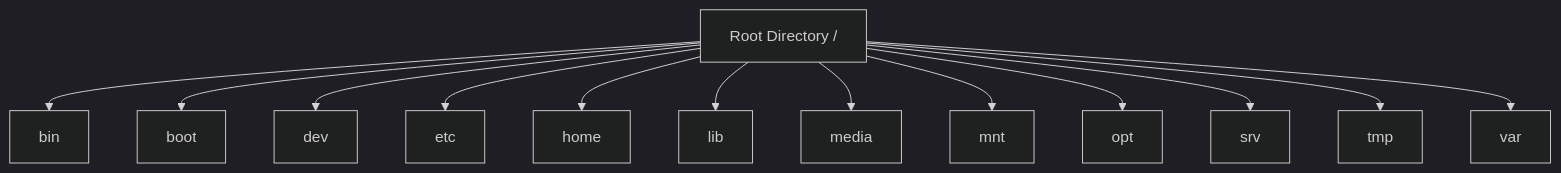
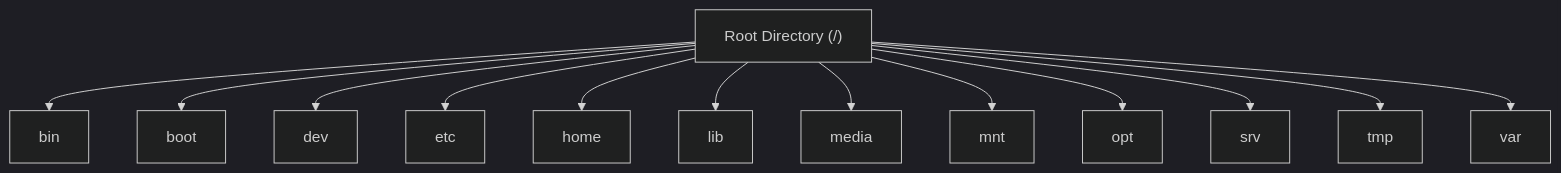
One commit to 42jerrykim/42jerrykim.github.io changed the second of 13 diagrams in content/post/2024/2024-09-09-file-system/index.md. Above: the diagram before and after it, drawn with Mermaid (dark theme). The commit also changed other lines of this file and 239 other files, not shown here.

````diff
--- a/content/post/2024/2024-09-09-file-system/index.md
+++ b/content/post/2024/2024-09-09-file-system/index.md
@@ -191,15 +238,16 @@
 ```mermaid
-graph TD;
-    A[Root Directory /] --> B[bin]
-    A --> C[boot]
-    A --> D[dev]
-    A --> E[etc]
-    A --> F[home]
-    A --> G[lib]
-    A --> H[media]
-    A --> I[mnt]
-    A --> J[opt]
-    A --> K[srv]
-    A --> L[tmp]
-    A --> M[var]
+graph TD
+    rootDir["Root Directory (/)"]
+    rootDir --> bin
+    rootDir --> boot
+    rootDir --> dev
+    rootDir --> etc
+    rootDir --> home
+    rootDir --> lib
+    rootDir --> media
+    rootDir --> mnt
+    rootDir --> opt
+    rootDir --> srv
+    rootDir --> tmp
+    rootDir --> var
 ```
````
